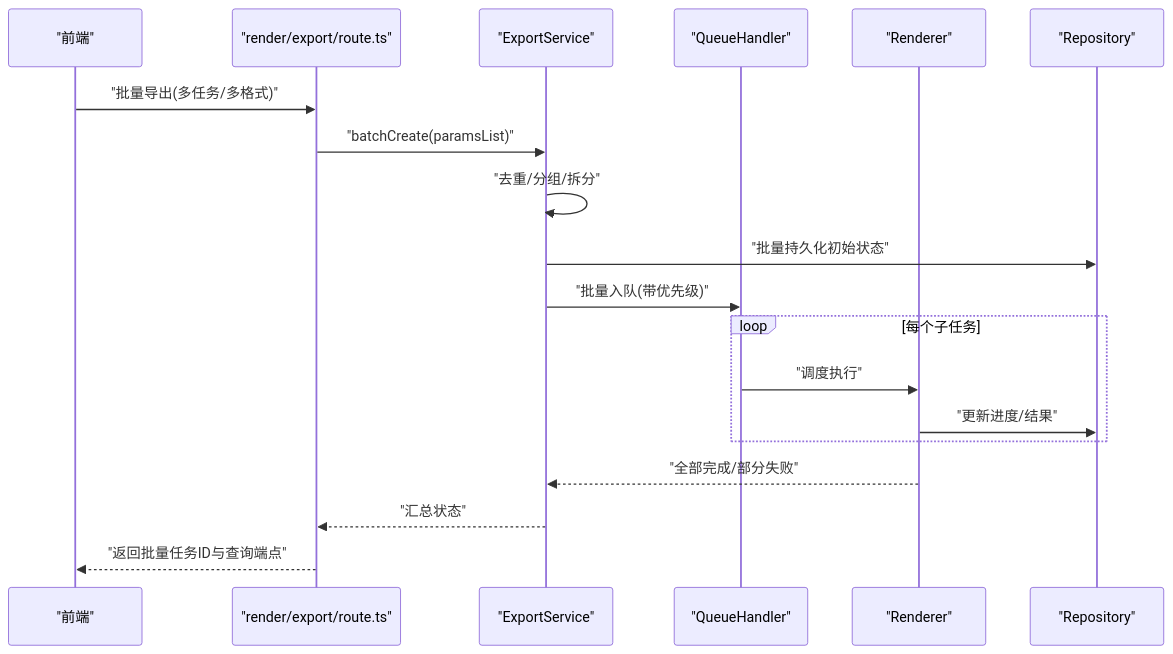
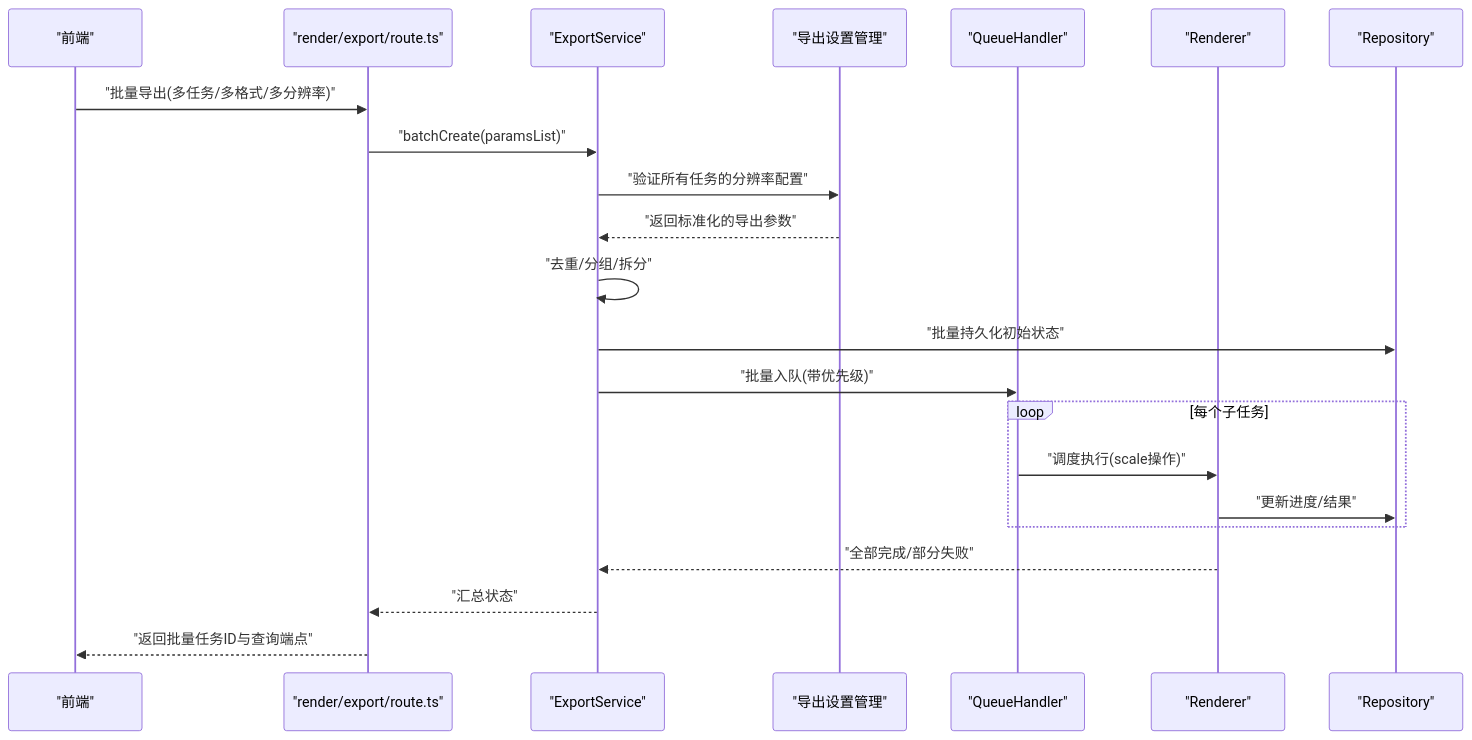
The seventh of 10 diagrams in .qoder/repowiki/zh/content/核心功能模块/渲染引擎/导出服务.md (AIMFllyYS/code-video-canvas), drawn with Mermaid before and after one commit. The commit also changed other lines of this file and 7 other files, not shown here.

````diff
--- a/.qoder/repowiki/zh/content/核心功能模块/渲染引擎/导出服务.md
+++ b/.qoder/repowiki/zh/content/核心功能模块/渲染引擎/导出服务.md
@@ -358,21 +443,24 @@
 ```mermaid
 sequenceDiagram
 participant FE as "前端"
 participant API as "render/export/route.ts"
 participant ES as "ExportService"
+participant SET as "导出设置管理"
 participant QH as "QueueHandler"
 participant RN as "Renderer"
 participant RP as "Repository"
-FE->>API : "批量导出(多任务/多格式)"
+FE->>API : "批量导出(多任务/多格式/多分辨率)"
 API->>ES : "batchCreate(paramsList)"
+ES->>SET : "验证所有任务的分辨率配置"
+SET-->>ES : "返回标准化的导出参数"
 ES->>ES : "去重/分组/拆分"
 ES->>RP : "批量持久化初始状态"
 ES->>QH : "批量入队(带优先级)"
 loop 每个子任务
-QH->>RN : "调度执行"
+QH->>RN : "调度执行(scale操作)"
 RN->>RP : "更新进度/结果"
 end
 RN-->>ES : "全部完成/部分失败"
 ES-->>API : "汇总状态"
 API-->>FE : "返回批量任务ID与查询端点"
 ```
````
